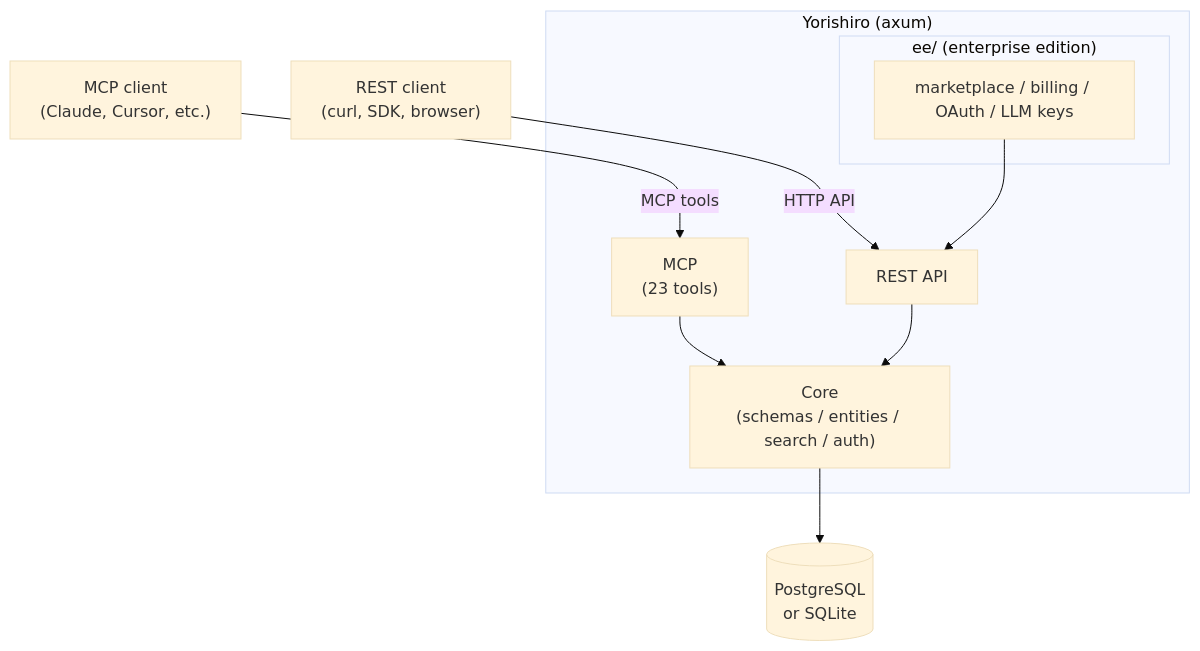
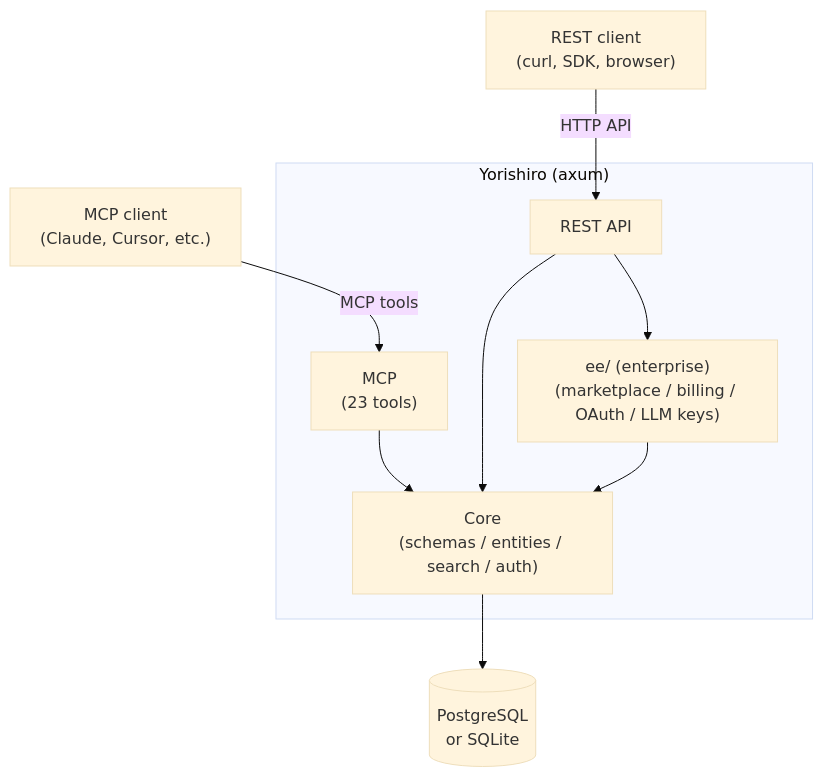
One commit to yorishiro-ai/yorishiro changed the diagram in README.md. Above: the diagram before and after it, drawn with Mermaid (base theme). The commit also changed other lines of this file and 11 other files, not shown here.

Commit message:
fix: correct README architecture diagram and split installation docs

````diff
--- a/README.md
+++ b/README.md
@@ -19,25 +26,22 @@
 ```mermaid
 flowchart TD
     MCPClient["MCP client<br/>(Claude, Cursor, etc.)"]
     RESTClient["REST client<br/>(curl, SDK, browser)"]
 
     subgraph Server["Yorishiro (axum)"]
         MCP["MCP<br/>(23 tools)"]
         REST["REST API"]
-
-        subgraph Enterprise["ee/ (enterprise edition)"]
-            EE["marketplace / billing / OAuth / LLM keys"]
-        end
-
         Core["Core<br/>(schemas / entities / search / auth)"]
+        Enterprise["ee/ (enterprise)<br/>(marketplace / billing / OAuth / LLM keys)"]
     end
 
     DB[("PostgreSQL<br/>or SQLite")]
 
     MCPClient -->|"MCP tools"| MCP
     RESTClient -->|"HTTP API"| REST
     MCP --> Core
     REST --> Core
-    EE --> REST
+    REST --> Enterprise
+    Enterprise --> Core
     Core --> DB
 ```
````
